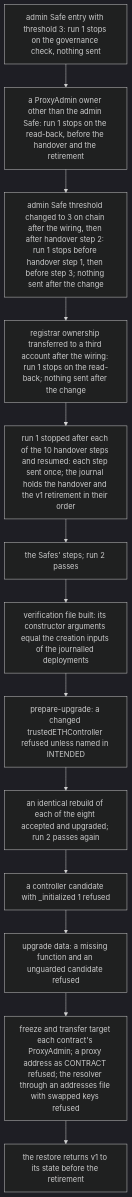
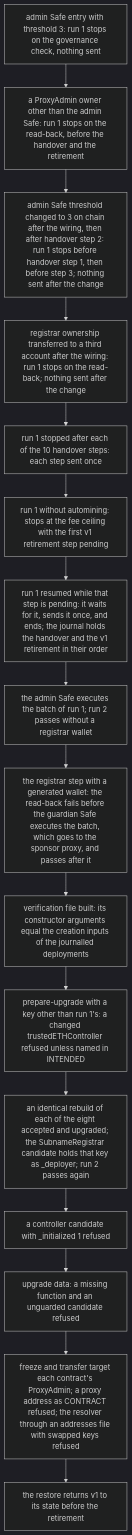
The fifth of 7 diagrams in docs/deployment.md (brenzi-agent/simplex-namespace-contract), drawn with Mermaid (dark theme) before and after one commit. The commit also changed other lines of this file, not shown here.

Commit message:
docs: runbook for the round-1 script checks and the registrar step

````diff
--- a/docs/deployment.md
+++ b/docs/deployment.md
@@ -623,16 +767,19 @@
 ```mermaid
 flowchart TD
   A[admin Safe entry with threshold 3: run 1 stops on the governance check, nothing sent] --> B
   B[a ProxyAdmin owner other than the admin Safe: run 1 stops on the read-back, before the handover and the retirement] --> C
   C[admin Safe threshold changed to 3 on chain after the wiring, then after handover step 2: run 1 stops before handover step 1, then before step 3; nothing sent after the change] --> C2
   C2[registrar ownership transferred to a third account after the wiring: run 1 stops on the read-back; nothing sent after the change] --> D
-  D[run 1 stopped after each of the 10 handover steps and resumed: each step sent once; the journal holds the handover and the v1 retirement in their order] --> E
-  E[the Safes' steps; run 2 passes] --> V
+  D[run 1 stopped after each of the 10 handover steps: each step sent once] --> D2
+  D2[run 1 without automining: stops at the fee ceiling with the first v1 retirement step pending] --> D3
+  D3[run 1 resumed while that step is pending: it waits for it, sends it once, and ends; the journal holds the handover and the v1 retirement in their order] --> E
+  E[the admin Safe executes the batch of run 1; run 2 passes without a registrar wallet] --> R
+  R[the registrar step with a generated wallet: the read-back fails before the guardian Safe executes the batch, which goes to the sponsor proxy, and passes after it] --> V
   V[verification file built: its constructor arguments equal the creation inputs of the journalled deployments] --> F
-  F[prepare-upgrade: a changed trustedETHController refused unless named in INTENDED] --> G
-  G[an identical rebuild of each of the eight accepted and upgraded; run 2 passes again] --> G2
+  F[prepare-upgrade with a key other than run 1's: a changed trustedETHController refused unless named in INTENDED] --> G
+  G[an identical rebuild of each of the eight accepted and upgraded; the SubnameRegistrar candidate holds that key as _deployer; run 2 passes again] --> G2
   G2[a controller candidate with _initialized 1 refused] --> H
   H[upgrade data: a missing function and an unguarded candidate refused] --> I
   I[freeze and transfer target each contract's ProxyAdmin; a proxy address as CONTRACT refused; the resolver through an addresses file with swapped keys refused] --> J
   J[the restore returns v1 to its state before the retirement]
 ```
````
